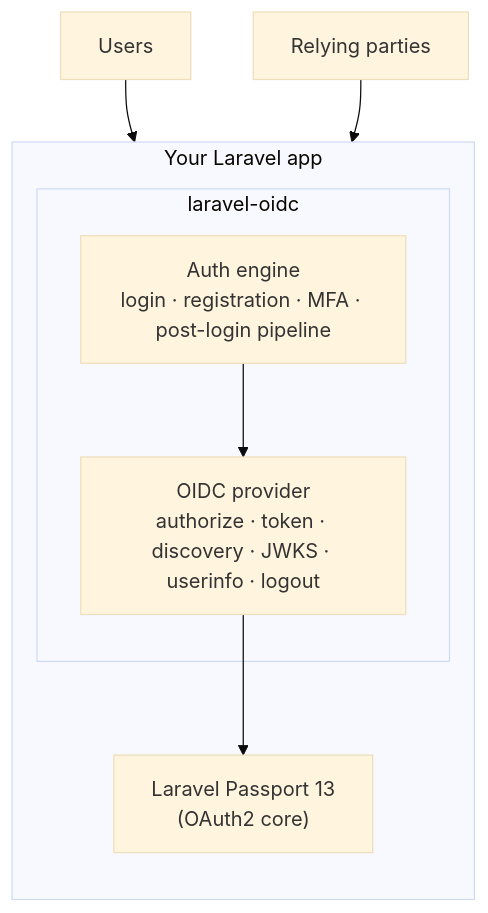
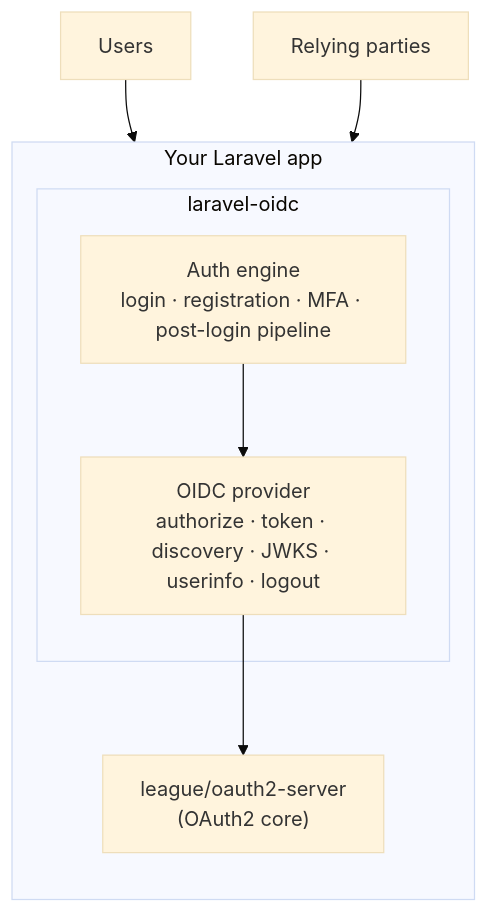
Before and after one commit to bambamboole/laravel-oidc: the diagram in docs/content/docs/introduction/what-is-laravel-oidc.md, drawn with Mermaid (base theme). The commit also changed other lines of this file and 152 other files, not shown here.

First line of the commit message:
feat!: replace Laravel Passport with a package-owned OAuth2 core

````diff
--- a/docs/content/docs/introduction/what-is-laravel-oidc.md
+++ b/docs/content/docs/introduction/what-is-laravel-oidc.md
@@ -28,15 +28,15 @@
 ```mermaid
 flowchart TB
     Users["Users"] --> AE
     RP["Relying parties"] --> OP
     subgraph App["Your Laravel app"]
         direction TB
         subgraph Pkg["laravel-oidc"]
             AE["Auth engine<br/>login · registration · MFA · post-login pipeline"]
             OP["OIDC provider<br/>authorize · token · discovery · JWKS · userinfo · logout"]
         end
-        Passport["Laravel Passport 13<br/>(OAuth2 core)"]
+        League["league/oauth2-server<br/>(OAuth2 core)"]
     end
     AE --> OP
-    OP --> Passport
+    OP --> League
 ```
````
